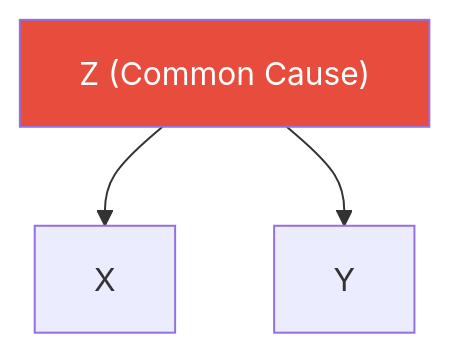
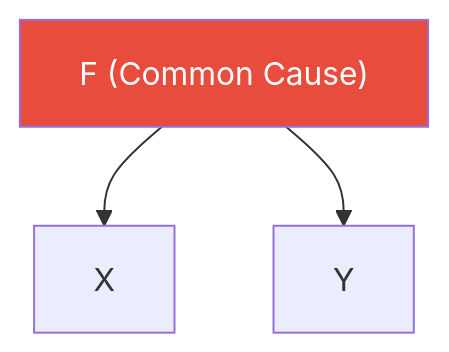
Before and after one commit to tbluemlein/causalinference: the third of 6 diagrams in tutorial/2_2_graphical_models.md, drawn with Mermaid. The commit also changed other lines of this file and 7 other files, not shown here.

````diff
--- a/tutorial/2_2_graphical_models.md
+++ b/tutorial/2_2_graphical_models.md
@@ -76,6 +76,6 @@
 ```{mermaid}
 graph TD
-    Z["Z (Common Cause)"] --> X
-    Z --> Y
-    style Z fill:#e74c3c,color:#fff
+    F["F (Common Cause)"] --> X
+    F --> Y
+    style F fill:#e74c3c,color:#fff
 ```
````
